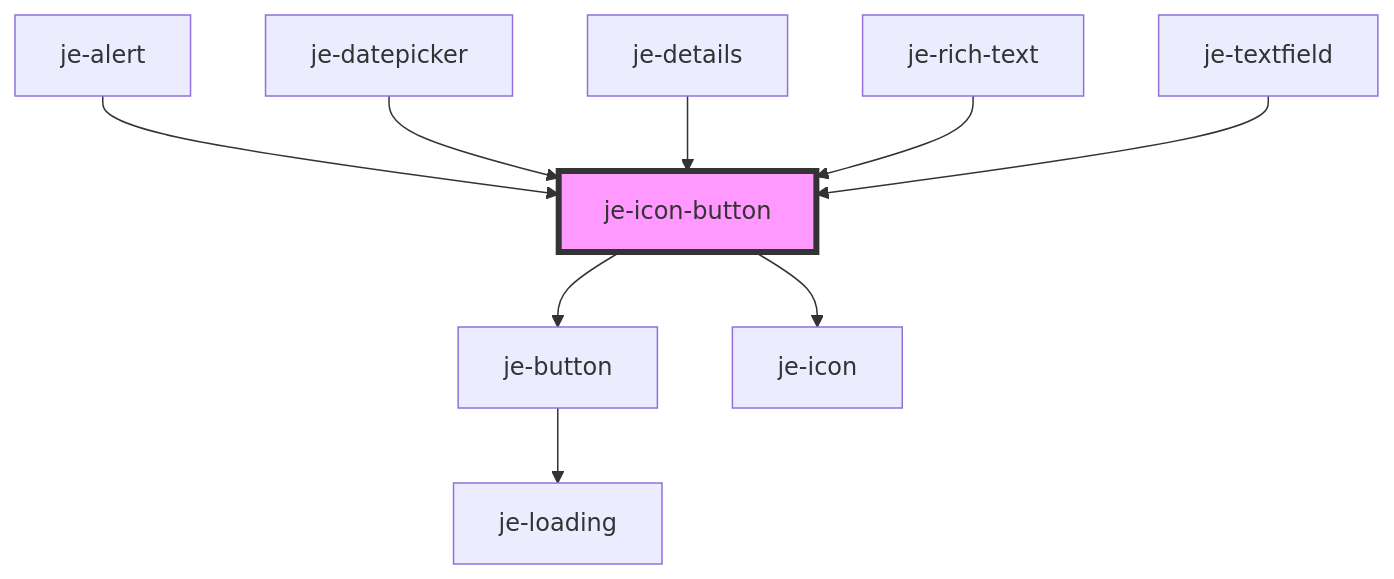
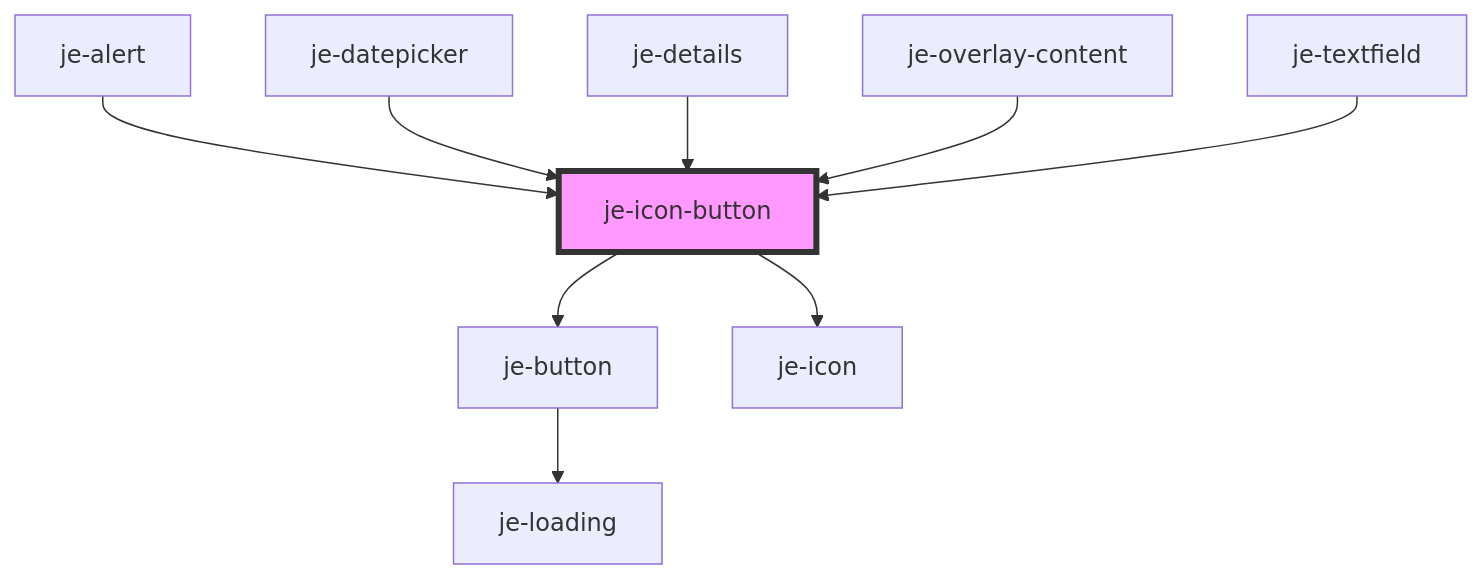
The diagram in packages/docs/docs/components/je-icon-button/readme.md (pgreen00/jebamo), drawn with Mermaid before and after one commit. The commit also changed other lines of this file and 110 other files, not shown here.

````diff
--- a/packages/docs/docs/components/je-icon-button/readme.md
+++ b/packages/docs/docs/components/je-icon-button/readme.md
@@ -44,12 +44,12 @@
 ```mermaid
 graph TD;
   je-icon-button --> je-button
   je-icon-button --> je-icon
   je-button --> je-loading
   je-alert --> je-icon-button
   je-datepicker --> je-icon-button
   je-details --> je-icon-button
-  je-rich-text --> je-icon-button
+  je-overlay-content --> je-icon-button
   je-textfield --> je-icon-button
   style je-icon-button fill:#f9f,stroke:#333,stroke-width:4px
 ```
````
